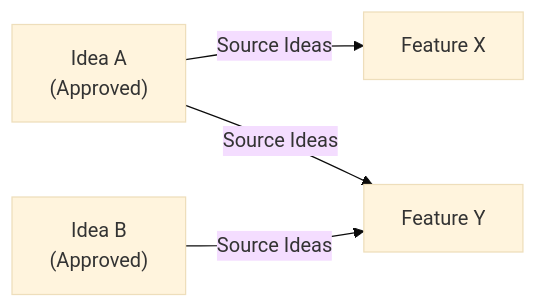
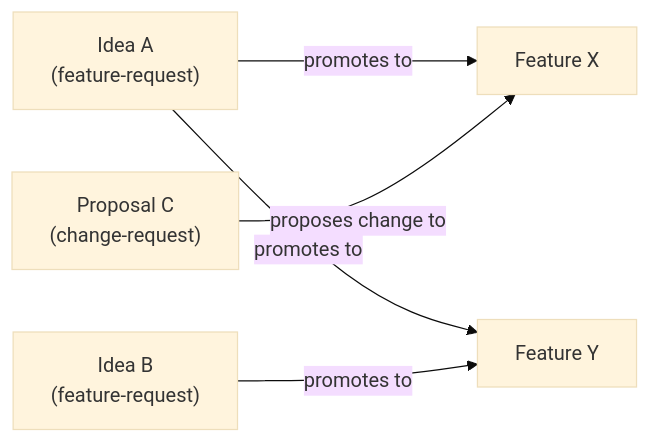
One commit to specscore/specscore changed the third of 3 diagrams in spec/features/idea/README.md. Above: the diagram before and after it, drawn with Mermaid (base theme). The commit also changed other lines of this file and 1 other file, not shown here.

First line of the commit message:
feat(spec/features/idea): add idea types, change-request proposals, and lifecycle extensions

````diff
--- a/spec/features/idea/README.md
+++ b/spec/features/idea/README.md
@@ -366,11 +469,13 @@
 ```mermaid
 graph LR
-    I1["Idea A<br/>(Approved)"]
-    I2["Idea B<br/>(Approved)"]
+    I1["Idea A<br/>(feature-request)"]
+    I2["Idea B<br/>(feature-request)"]
+    P1["Proposal C<br/>(change-request)"]
     F1["Feature X"]
     F2["Feature Y"]
 
-    I1 -->|Source Ideas| F1
-    I1 -->|Source Ideas| F2
-    I2 -->|Source Ideas| F2
+    I1 -->|promotes to| F1
+    I1 -->|promotes to| F2
+    I2 -->|promotes to| F2
+    P1 -->|proposes change to| F1
 ```
````
